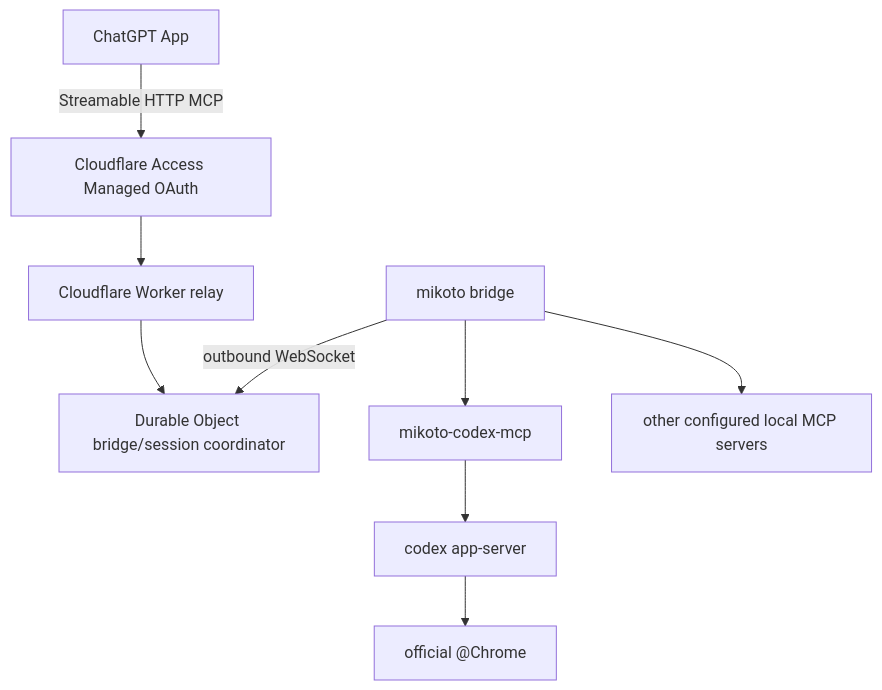
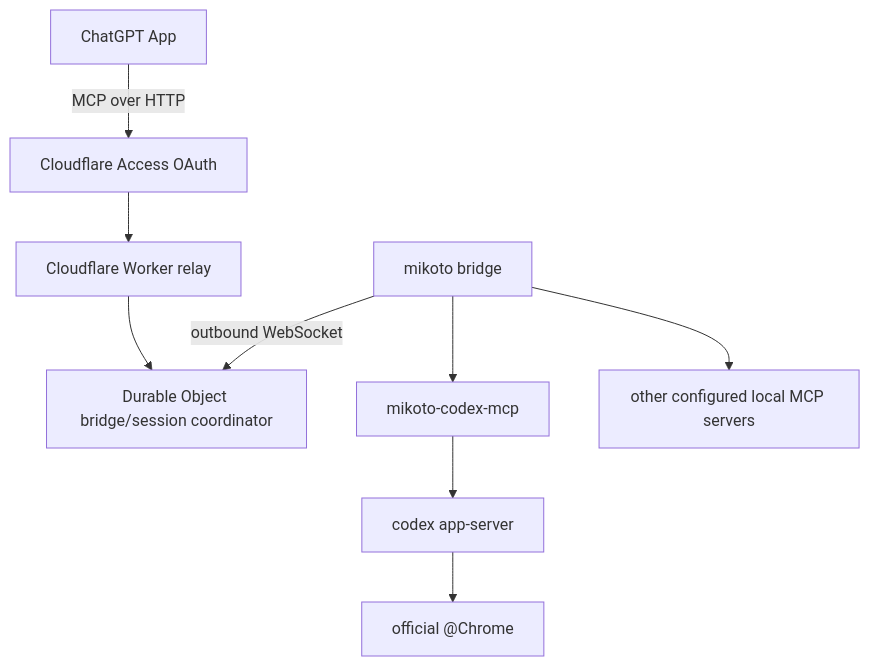
One commit to risu729/mikoto changed the first of 2 diagrams in README.md. Above: the diagram before and after it, drawn with Mermaid. The commit also changed other lines of this file and 45 other files, not shown here.

````diff
--- a/README.md
+++ b/README.md
@@ -27,11 +42,11 @@
 ```mermaid
 flowchart TD
-  ChatGPT[ChatGPT App] -->|Streamable HTTP MCP| Access[Cloudflare Access Managed OAuth]
+  ChatGPT[ChatGPT App] -->|MCP over HTTP| Access[Cloudflare Access OAuth]
   Access --> Worker[Cloudflare Worker relay]
   Worker --> DO[Durable Object bridge/session coordinator]
   Bridge[mikoto bridge] -->|outbound WebSocket| DO
   Bridge --> CodexMCP[mikoto-codex-mcp]
   CodexMCP --> Codex[codex app-server]
   Codex --> Chrome[official @Chrome]
   Bridge --> OtherMCP[other configured local MCP servers]
 ```
````
